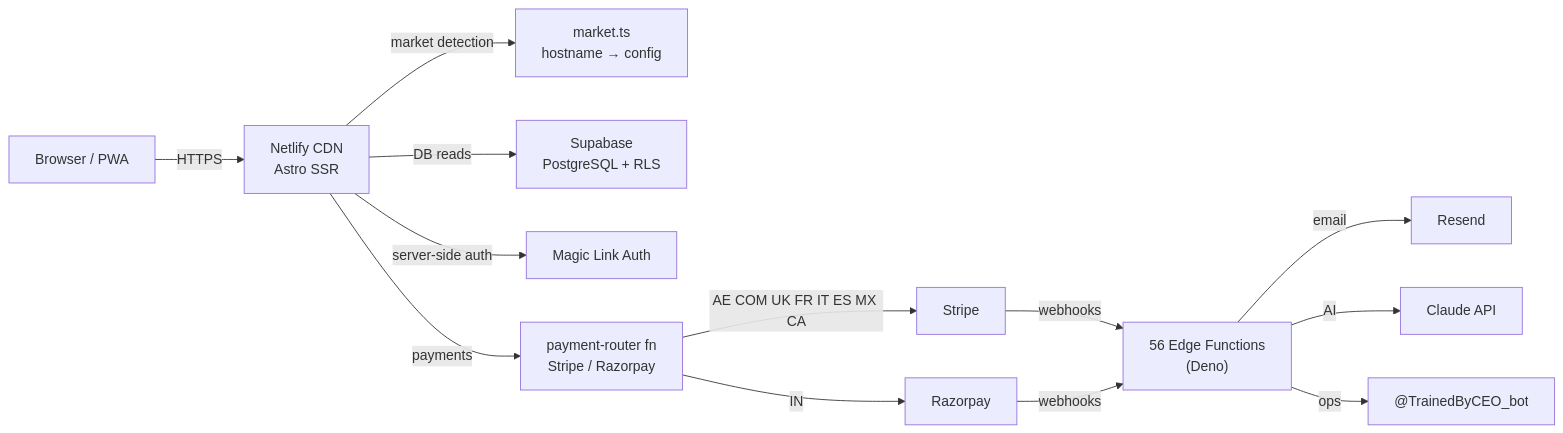
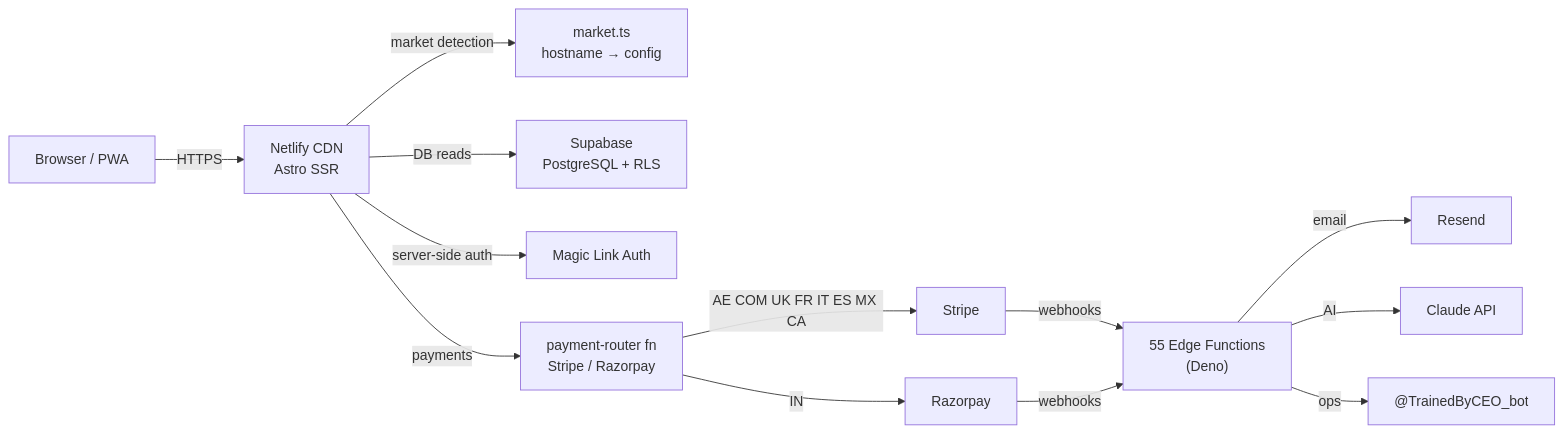
One commit to monsieurpepik/trainedby changed the diagram in README.md. Above: the diagram before and after it, drawn with Mermaid. The commit also changed other lines of this file and 1 other file, not shown here.

Commit message:
docs: fix edge function count (55) and Stripe domain count wording

````diff
--- a/README.md
+++ b/README.md
@@ -11,14 +11,14 @@
 ```mermaid
 graph LR
     Browser["Browser / PWA"] -->|HTTPS| Netlify["Netlify CDN<br/>Astro SSR"]
     Netlify -->|market detection| Market["market.ts<br/>hostname → config"]
     Netlify -->|DB reads| Supabase["Supabase<br/>PostgreSQL + RLS"]
     Netlify -->|server-side auth| MagicLinks["Magic Link Auth"]
     Netlify -->|payments| PaymentRouter["payment-router fn<br/>Stripe / Razorpay"]
     PaymentRouter -->|AE COM UK FR IT ES MX CA| Stripe["Stripe"]
     PaymentRouter -->|IN| Razorpay["Razorpay"]
-    Stripe & Razorpay -->|webhooks| EdgeFunctions["56 Edge Functions<br/>(Deno)"]
+    Stripe & Razorpay -->|webhooks| EdgeFunctions["55 Edge Functions<br/>(Deno)"]
     EdgeFunctions -->|email| Resend["Resend"]
     EdgeFunctions -->|AI| Claude["Claude API"]
     EdgeFunctions -->|ops| Telegram["@TrainedByCEO_bot"]
 ```
````
